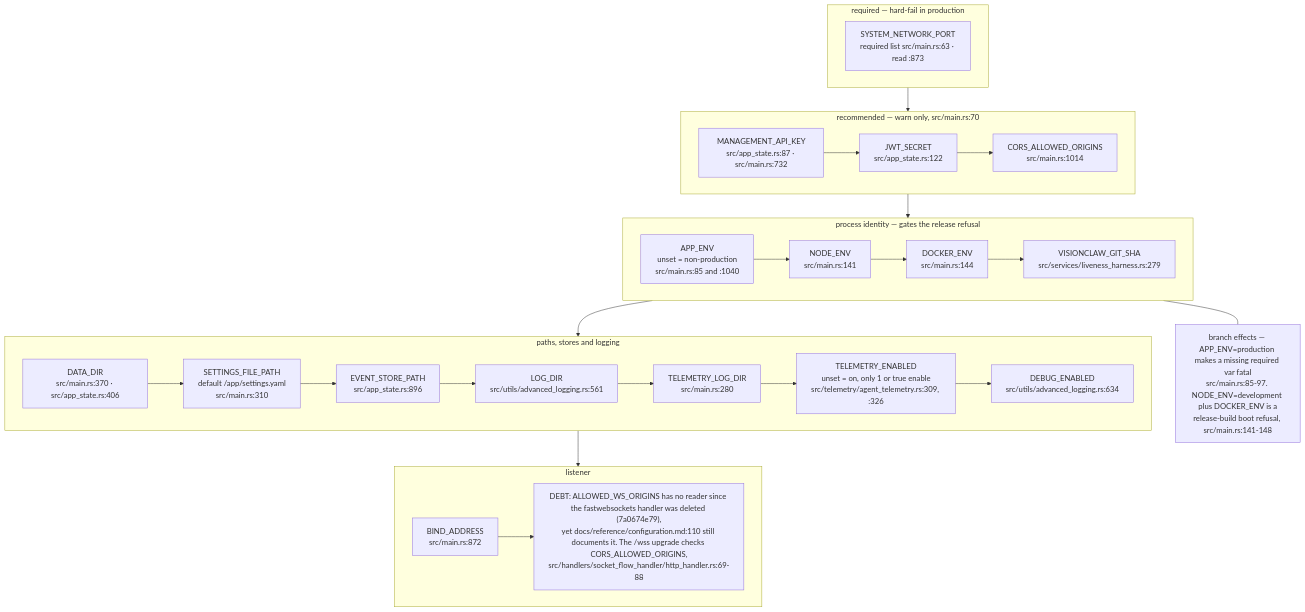
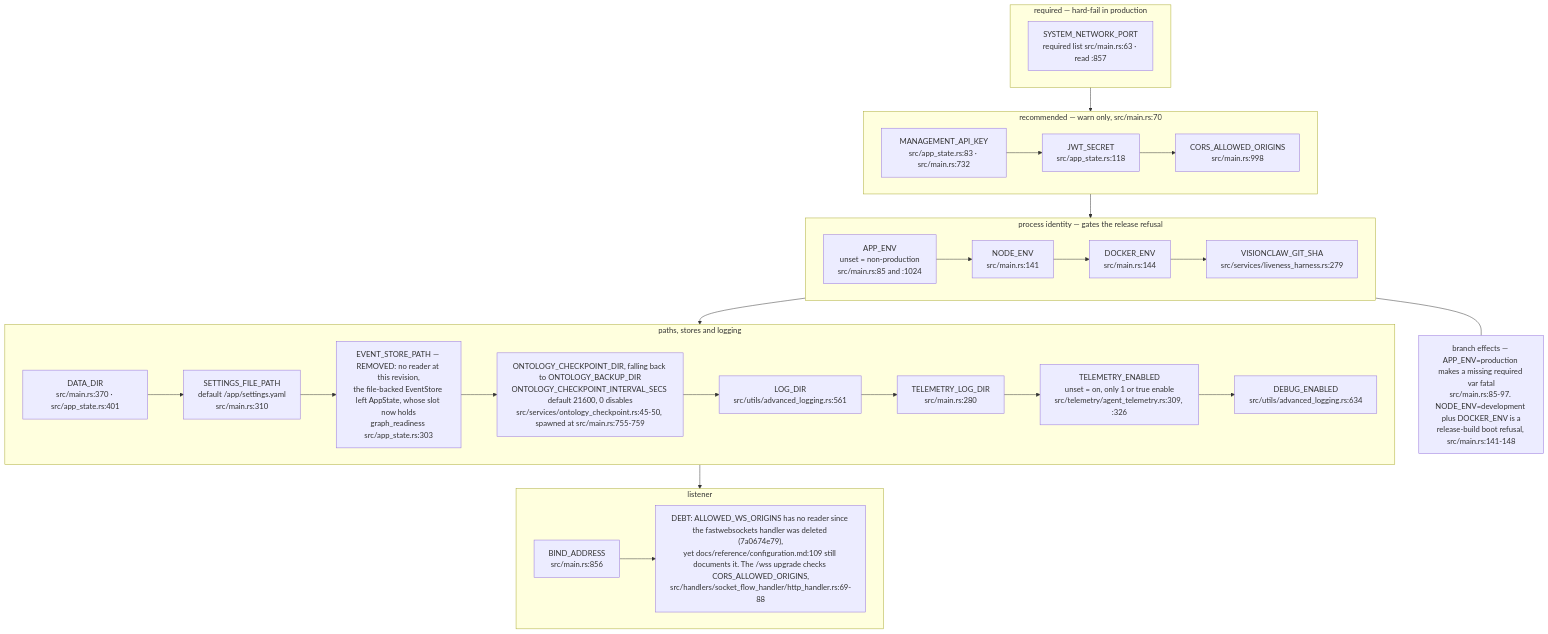
Before and after one commit to DreamLab-AI/VisionFlow: the eighth of 16 diagrams in docs/diagrams/visionclaw/09-config-and-env-flags.md, drawn with Mermaid. The commit also changed other lines of this file and 7 other files, not shown here.

First line of the commit message:
diagrams(visionclaw): re-verify VC-09..VC-16 at visionclaw 4900ec60

````diff
--- a/docs/diagrams/visionclaw/09-config-and-env-flags.md
+++ b/docs/diagrams/visionclaw/09-config-and-env-flags.md
@@ -403,21 +405,21 @@
 ```mermaid
 flowchart TB
     subgraph REQ["required — hard-fail in production"]
-        E1["SYSTEM_NETWORK_PORT<br/>required list src/main.rs:63 · read :873"]
+        E1["SYSTEM_NETWORK_PORT<br/>required list src/main.rs:63 · read :857"]
     end
     subgraph RECO["recommended — warn only, src/main.rs:70"]
-        E2["MANAGEMENT_API_KEY<br/>src/app_state.rs:87 · src/main.rs:732"] --> E3["JWT_SECRET<br/>src/app_state.rs:122"] --> E4["CORS_ALLOWED_ORIGINS<br/>src/main.rs:1014"]
+        E2["MANAGEMENT_API_KEY<br/>src/app_state.rs:83 · src/main.rs:732"] --> E3["JWT_SECRET<br/>src/app_state.rs:118"] --> E4["CORS_ALLOWED_ORIGINS<br/>src/main.rs:998"]
     end
     subgraph IDENT["process identity — gates the release refusal"]
-        E5["APP_ENV<br/>unset = non-production<br/>src/main.rs:85 and :1040"] --> E6["NODE_ENV<br/>src/main.rs:141"] --> E7["DOCKER_ENV<br/>src/main.rs:144"] --> E8["VISIONCLAW_GIT_SHA<br/>src/services/liveness_harness.rs:279"]
+        E5["APP_ENV<br/>unset = non-production<br/>src/main.rs:85 and :1024"] --> E6["NODE_ENV<br/>src/main.rs:141"] --> E7["DOCKER_ENV<br/>src/main.rs:144"] --> E8["VISIONCLAW_GIT_SHA<br/>src/services/liveness_harness.rs:279"]
     end
     subgraph PATHS["paths, stores and logging"]
-        E9["DATA_DIR<br/>src/main.rs:370 · src/app_state.rs:406"] --> E10["SETTINGS_FILE_PATH<br/>default /app/settings.yaml<br/>src/main.rs:310"] --> E11["EVENT_STORE_PATH<br/>src/app_state.rs:896"] --> E12["LOG_DIR<br/>src/utils/advanced_logging.rs:561"] --> E13["TELEMETRY_LOG_DIR<br/>src/main.rs:280"] --> E13b["TELEMETRY_ENABLED<br/>unset = on, only 1 or true enable<br/>src/telemetry/agent_telemetry.rs:309, :326"] --> E14["DEBUG_ENABLED<br/>src/utils/advanced_logging.rs:634"]
+        E9["DATA_DIR<br/>src/main.rs:370 · src/app_state.rs:401"] --> E10["SETTINGS_FILE_PATH<br/>default /app/settings.yaml<br/>src/main.rs:310"] --> E11["EVENT_STORE_PATH — REMOVED: no reader at this revision,<br/>the file-backed EventStore left AppState, whose slot now holds<br/>graph_readiness src/app_state.rs:303"] --> E11b["ONTOLOGY_CHECKPOINT_DIR, falling back to ONTOLOGY_BACKUP_DIR<br/>ONTOLOGY_CHECKPOINT_INTERVAL_SECS default 21600, 0 disables<br/>src/services/ontology_checkpoint.rs:45-50, spawned at src/main.rs:755-759"] --> E12["LOG_DIR<br/>src/utils/advanced_logging.rs:561"] --> E13["TELEMETRY_LOG_DIR<br/>src/main.rs:280"] --> E13b["TELEMETRY_ENABLED<br/>unset = on, only 1 or true enable<br/>src/telemetry/agent_telemetry.rs:309, :326"] --> E14["DEBUG_ENABLED<br/>src/utils/advanced_logging.rs:634"]
     end
     subgraph BIND["listener"]
-        E15["BIND_ADDRESS<br/>src/main.rs:872"] --> E16["DEBT: ALLOWED_WS_ORIGINS has no reader since the fastwebsockets handler was deleted (7a0674e79),<br/>yet docs/reference/configuration.md:110 still documents it. The /wss upgrade checks CORS_ALLOWED_ORIGINS,<br/>src/handlers/socket_flow_handler/http_handler.rs:69-88"]
+        E15["BIND_ADDRESS<br/>src/main.rs:856"] --> E16["DEBT: ALLOWED_WS_ORIGINS has no reader since the fastwebsockets handler was deleted (7a0674e79),<br/>yet docs/reference/configuration.md:109 still documents it. The /wss upgrade checks CORS_ALLOWED_ORIGINS,<br/>src/handlers/socket_flow_handler/http_handler.rs:69-88"]
     end
     REQ --> RECO --> IDENT --> PATHS --> BIND
     N["branch effects — APP_ENV=production makes a missing required var fatal<br/>src/main.rs:85-97. NODE_ENV=development plus DOCKER_ENV is a<br/>release-build boot refusal, src/main.rs:141-148"]
     IDENT --- N
 ```
````
